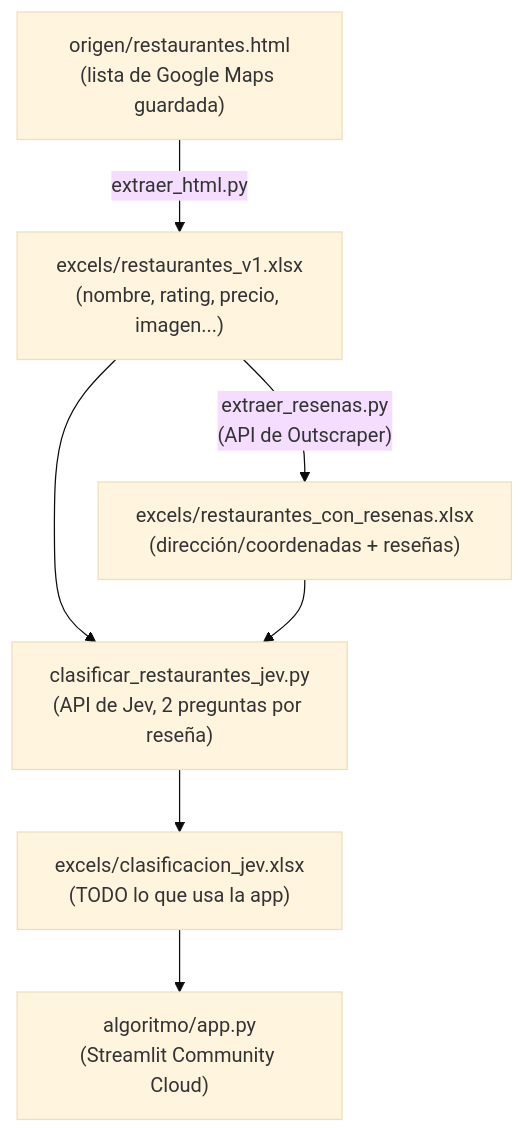
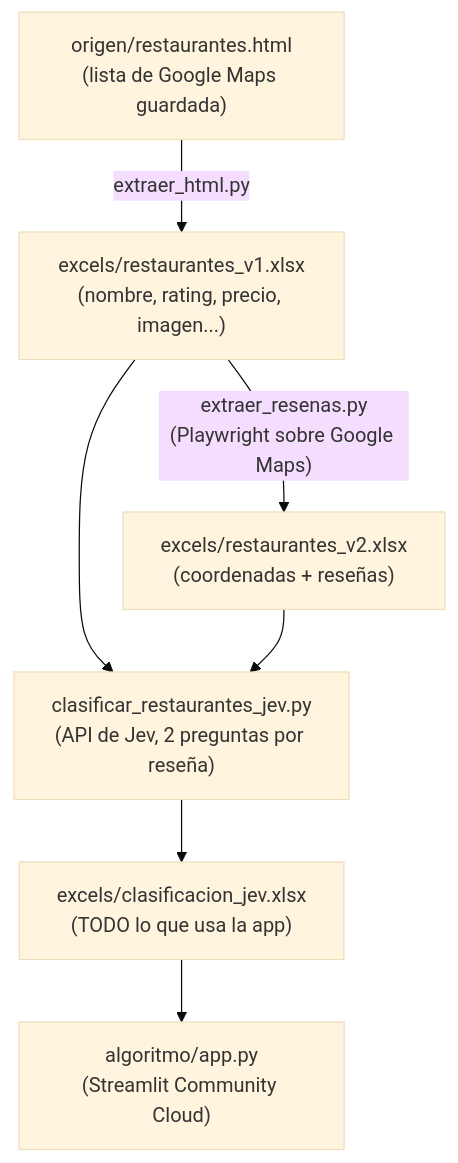
The first of 2 diagrams in README.md (adrianramos13/restAIrantes), drawn with Mermaid (base theme) before and after one commit. The commit also changed other lines of this file and 4 other files, not shown here.

````diff
--- a/README.md
+++ b/README.md
@@ -14,9 +14,9 @@
 ```mermaid
 flowchart TD
     A["origen/restaurantes.html<br/>(lista de Google Maps guardada)"] -->|"extraer_html.py"| B["excels/restaurantes_v1.xlsx<br/>(nombre, rating, precio, imagen...)"]
-    B -->|"extraer_resenas.py<br/>(API de Outscraper)"| C["excels/restaurantes_con_resenas.xlsx<br/>(dirección/coordenadas + reseñas)"]
+    B -->|"extraer_resenas.py<br/>(Playwright sobre Google Maps)"| C["excels/restaurantes_v2.xlsx<br/>(coordenadas + reseñas)"]
     B --> D["clasificar_restaurantes_jev.py<br/>(API de Jev, 2 preguntas por reseña)"]
     C --> D
     D --> E["excels/clasificacion_jev.xlsx<br/>(TODO lo que usa la app)"]
     E --> F["algoritmo/app.py<br/>(Streamlit Community Cloud)"]
 ```
````
